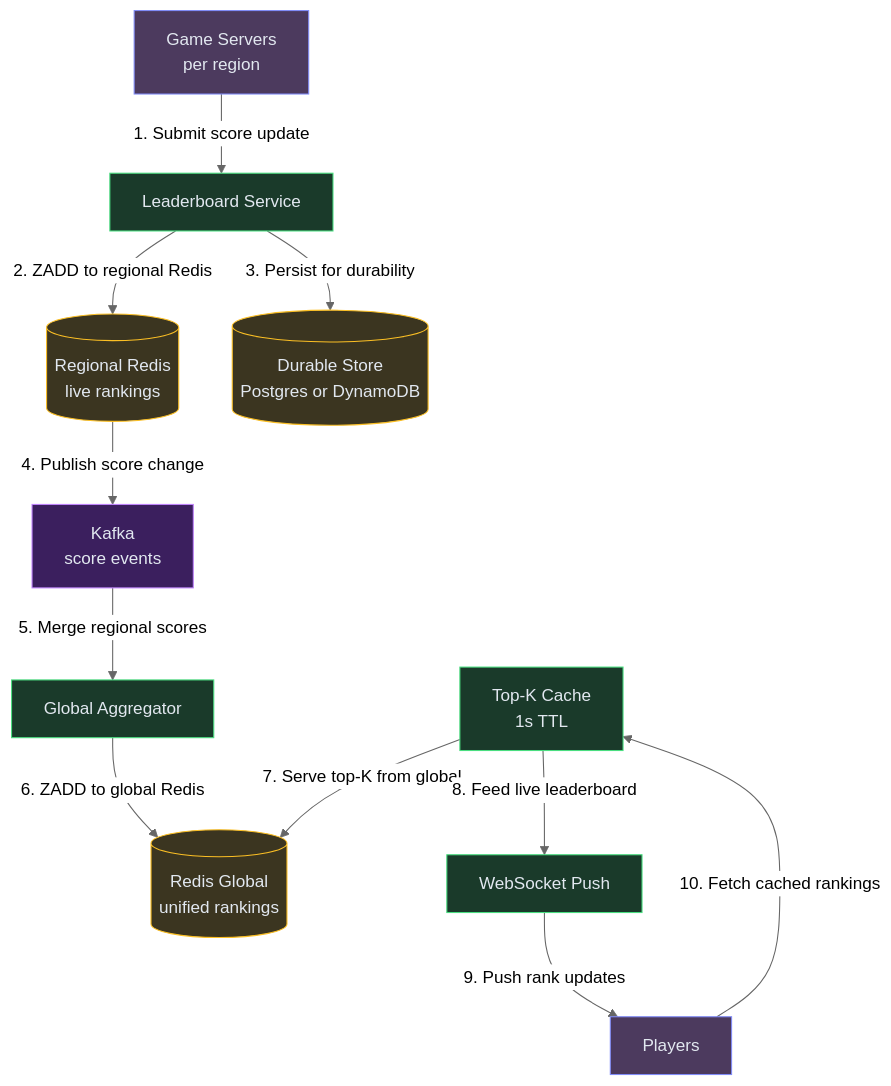
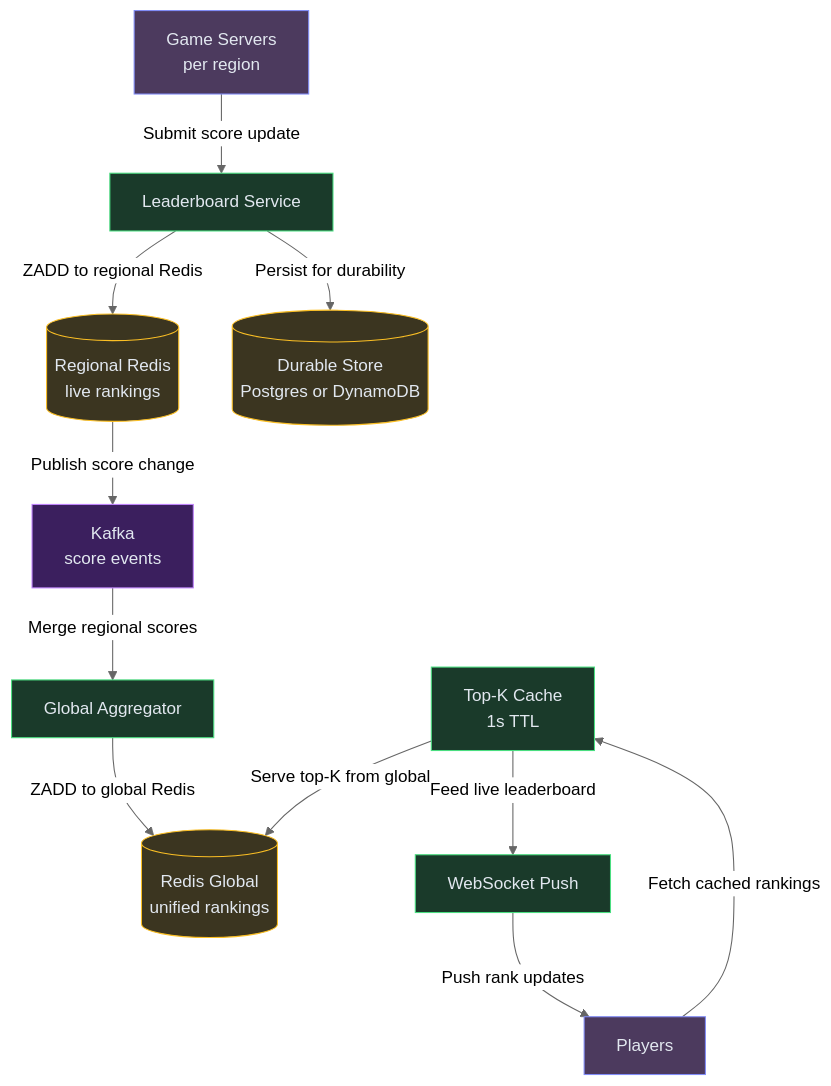
Before and after one commit to iluzn/HLD-Designs: the seventh of 7 diagrams in content/hld/Leaderboard.md, drawn with Mermaid (neutral theme). The commit also changed 26 other files, not shown here.

First line of the commit message:
fix(hld): Remove confusing number prefixes from final architecture diagrams

````diff
--- a/content/hld/Leaderboard.md
+++ b/content/hld/Leaderboard.md
@@ -405,29 +405,29 @@
 ```mermaid
 flowchart TD
     GAME["Game Servers<br/>per region"]:::client
     API["Leaderboard Service"]:::service
     R1[("Regional Redis<br/>live rankings")]:::data
     DB[("Durable Store<br/>Postgres or DynamoDB")]:::data
     K["Kafka<br/>score events"]:::async
     AGG["Global Aggregator"]:::service
     RG[("Redis Global<br/>unified rankings")]:::data
     CACHE["Top-K Cache<br/>1s TTL"]:::service
     WS["WebSocket Push"]:::service
     USER["Players"]:::client
 
-    GAME -->|"1. Submit score update"| API
-    API -->|"2. ZADD to regional Redis"| R1
-    API -->|"3. Persist for durability"| DB
-    R1 -->|"4. Publish score change"| K
-    K -->|"5. Merge regional scores"| AGG
-    AGG -->|"6. ZADD to global Redis"| RG
-    CACHE -->|"7. Serve top-K from global"| RG
-    CACHE -->|"8. Feed live leaderboard"| WS
-    WS -->|"9. Push rank updates"| USER
-    USER -->|"10. Fetch cached rankings"| CACHE
+    GAME -->|"Submit score update"| API
+    API -->|"ZADD to regional Redis"| R1
+    API -->|"Persist for durability"| DB
+    R1 -->|"Publish score change"| K
+    K -->|"Merge regional scores"| AGG
+    AGG -->|"ZADD to global Redis"| RG
+    CACHE -->|"Serve top-K from global"| RG
+    CACHE -->|"Feed live leaderboard"| WS
+    WS -->|"Push rank updates"| USER
+    USER -->|"Fetch cached rankings"| CACHE
 
     classDef client fill:#4c3a5e,stroke:#818cf8,color:#e2e8f0
     classDef service fill:#1a3a2a,stroke:#4ade80,color:#e2e8f0
     classDef data fill:#3b3520,stroke:#fbbf24,color:#e2e8f0
     classDef async fill:#3b1f5e,stroke:#c084fc,color:#e2e8f0
 ```
````
